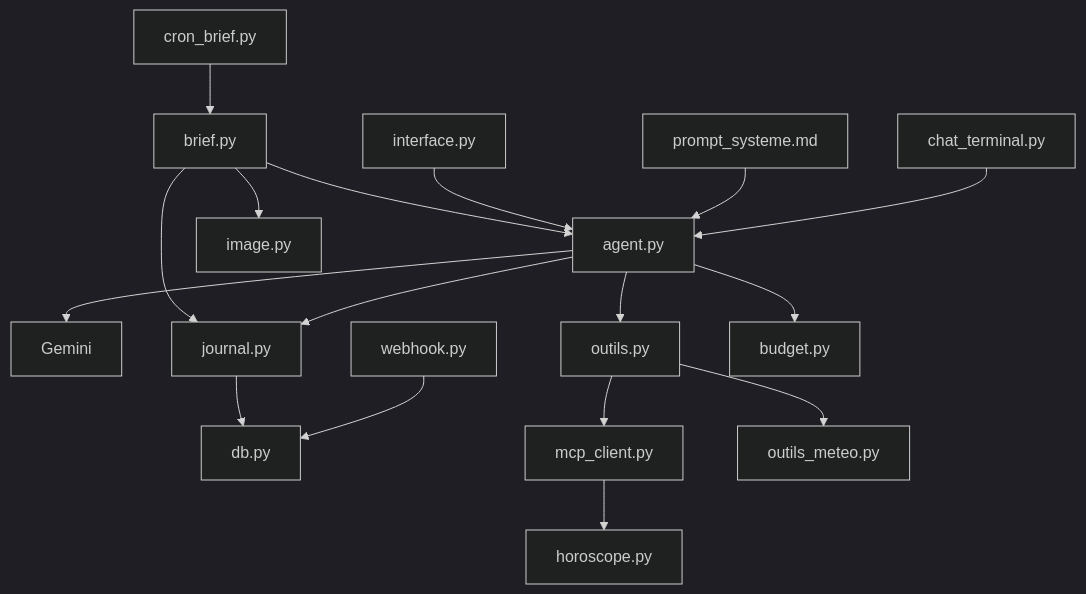
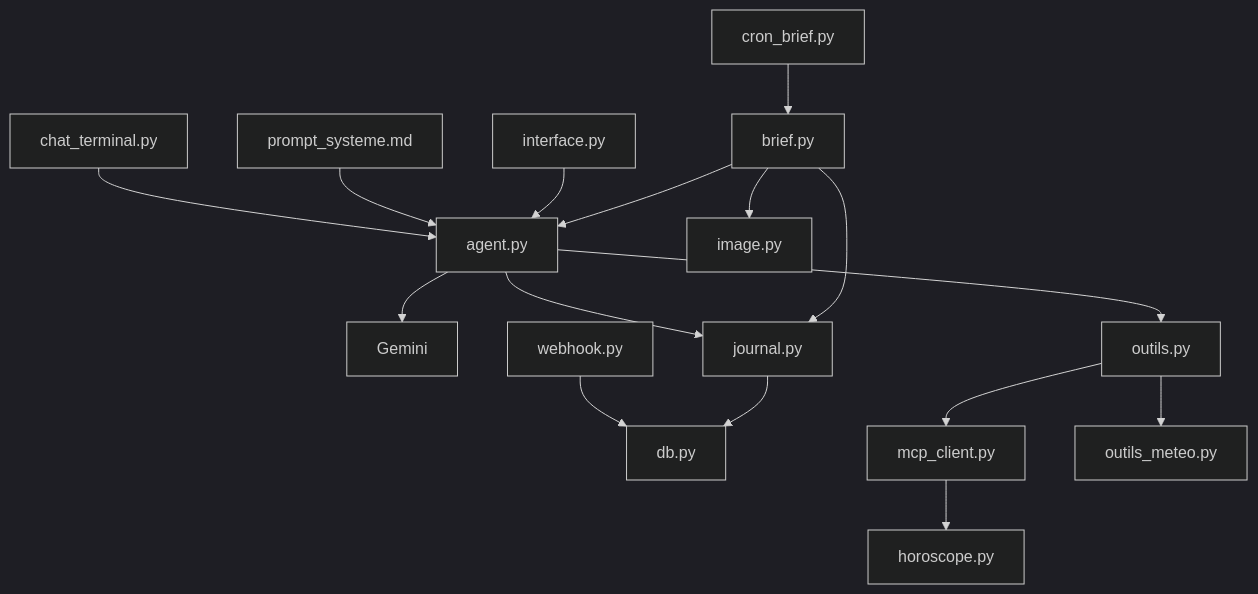
Before and after one commit to lecinquiemejour-code/goodvibe-tuto: diagram 33 of 37 in tuto-goodvibe-vibecoding.md, drawn with Mermaid (dark theme). The commit also changed other lines of this file and 2 other files, not shown here.

Commit message:
Retrait de la feature budget et mode économe : 14 fiches, la piste passe dans Pour aller plus loin

````diff
--- a/tuto-goodvibe-vibecoding.md
+++ b/tuto-goodvibe-vibecoding.md
@@ -1236,13 +1192,12 @@
 ```mermaid
 flowchart TD
     CHAT["chat_terminal.py"] --> AG["agent.py"] --> GEM["Gemini"]
     PS["prompt_systeme.md"] --> AG
     WEB["interface.py"] --> AG
     CRON["cron_brief.py"] --> BR["brief.py"] --> AG
     WH["webhook.py"] --> DB["db.py"]
     AG --> OUT["outils.py"] --> MCP["mcp_client.py"] & MET["outils_meteo.py"]
     MCP --> HOR["horoscope.py"]
     BR --> IMG["image.py"]
     AG & BR --> JR["journal.py"] --> DB
-    AG --> BUD["budget.py"]
 ```
````
